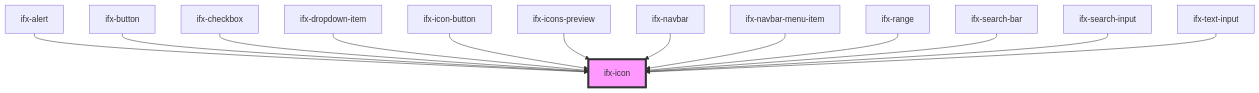
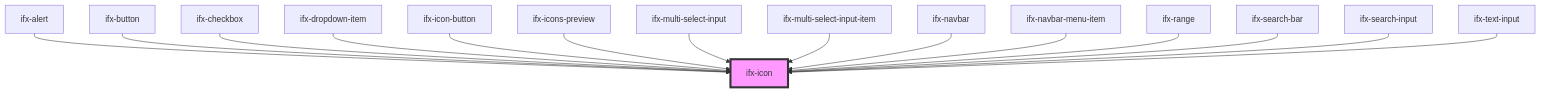
The diagram in src/components/icon/readme.md (Infineon/infineon-design-system-stencil), drawn with Mermaid before and after one commit. The commit also changed other lines of this file and 3 other files, not shown here.

````diff
--- a/src/components/icon/readme.md
+++ b/src/components/icon/readme.md
@@ -34,16 +36,18 @@
 ```mermaid
 graph TD;
   ifx-alert --> ifx-icon
   ifx-button --> ifx-icon
   ifx-checkbox --> ifx-icon
   ifx-dropdown-item --> ifx-icon
   ifx-icon-button --> ifx-icon
   ifx-icons-preview --> ifx-icon
+  ifx-multi-select-input --> ifx-icon
+  ifx-multi-select-input-item --> ifx-icon
   ifx-navbar --> ifx-icon
   ifx-navbar-menu-item --> ifx-icon
   ifx-range --> ifx-icon
   ifx-search-bar --> ifx-icon
   ifx-search-input --> ifx-icon
   ifx-text-input --> ifx-icon
   style ifx-icon fill:#f9f,stroke:#333,stroke-width:4px
 ```
````
